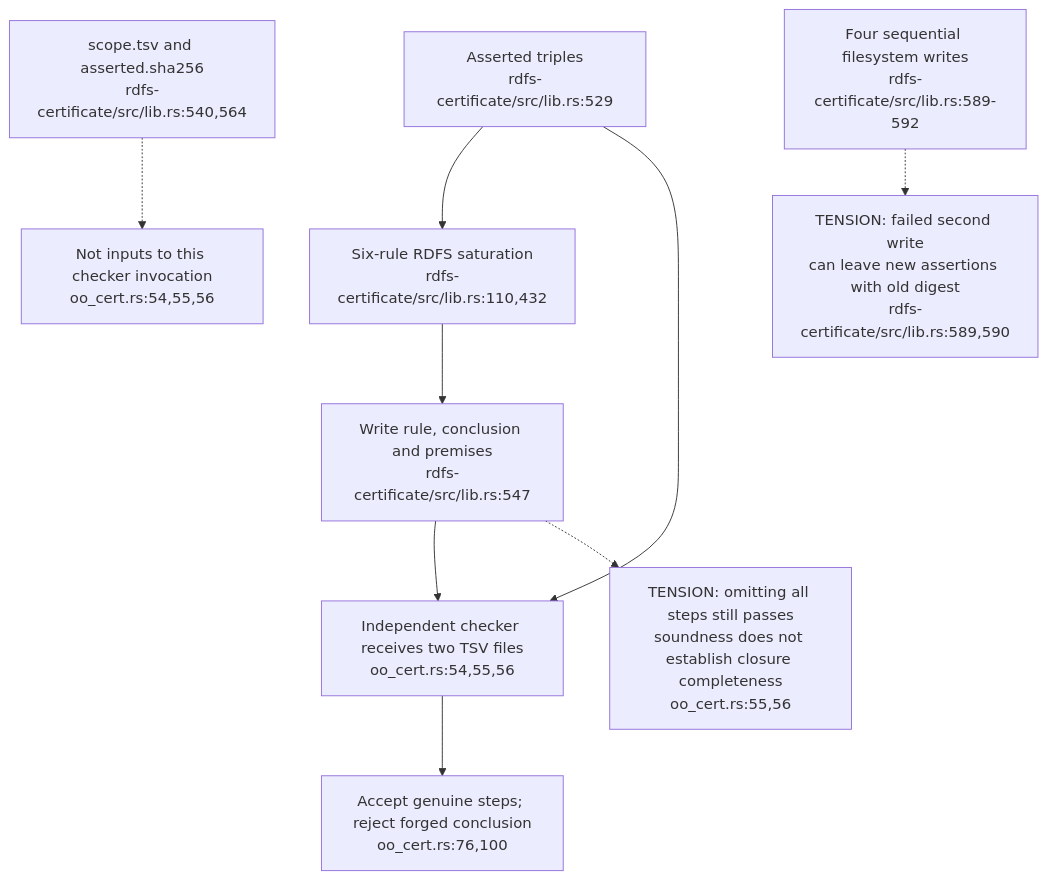
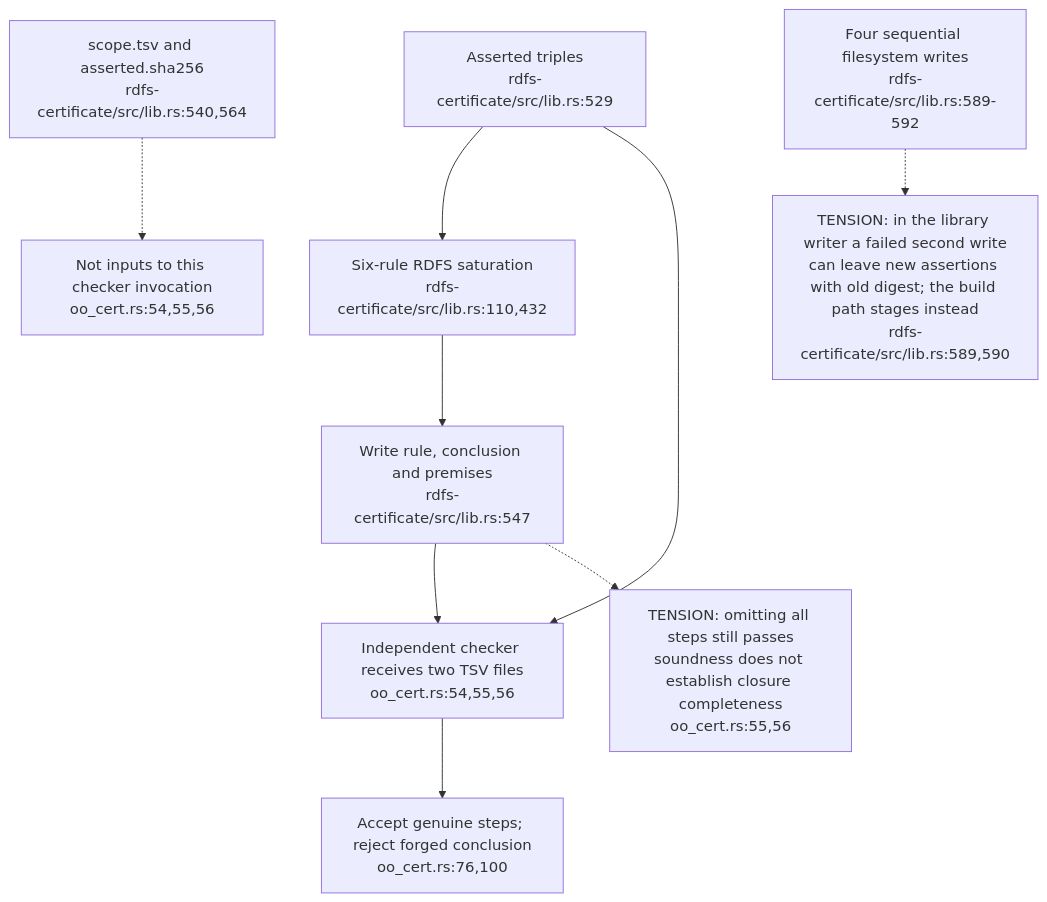
Before and after one commit to DreamLab-AI/VisionFlow: the third of 4 diagrams in docs/diagrams/ontomark/10-reasoning-and-certificate-boundaries.md, drawn with Mermaid. The commit also changed other lines of this file and 70 other files, not shown here.

First line of the commit message:
docs(diagrams): re-verify 69 topics at current default-branch heads

````diff
--- a/docs/diagrams/ontomark/10-reasoning-and-certificate-boundaries.md
+++ b/docs/diagrams/ontomark/10-reasoning-and-certificate-boundaries.md
@@ -75,11 +75,11 @@
 ```mermaid
 flowchart TD
     ASSERT["Asserted triples<br/>rdfs-certificate/src/lib.rs:529"] --> RULES["Six-rule RDFS saturation<br/>rdfs-certificate/src/lib.rs:110,432"]
     RULES --> STEPS["Write rule, conclusion and premises<br/>rdfs-certificate/src/lib.rs:547"]
     ASSERT --> CHECK["Independent checker receives two TSV files<br/>oo_cert.rs:54,55,56"]
     STEPS --> CHECK
     META["scope.tsv and asserted.sha256<br/>rdfs-certificate/src/lib.rs:540,564"] -.-> NO["Not inputs to this checker invocation<br/>oo_cert.rs:54,55,56"]
     CHECK --> SOUND["Accept genuine steps; reject forged conclusion<br/>oo_cert.rs:76,100"]
     STEPS -.-> OMIT["TENSION: omitting all steps still passes<br/>soundness does not establish closure completeness<br/>oo_cert.rs:55,56"]
-    WRITE["Four sequential filesystem writes<br/>rdfs-certificate/src/lib.rs:589-592"] -.-> MIX["TENSION: failed second write<br/>can leave new assertions with old digest<br/>rdfs-certificate/src/lib.rs:589,590"]
+    WRITE["Four sequential filesystem writes<br/>rdfs-certificate/src/lib.rs:589-592"] -.-> MIX["TENSION: in the library writer a failed second write<br/>can leave new assertions with old digest; the build path stages instead<br/>rdfs-certificate/src/lib.rs:589,590"]
 ```
````
